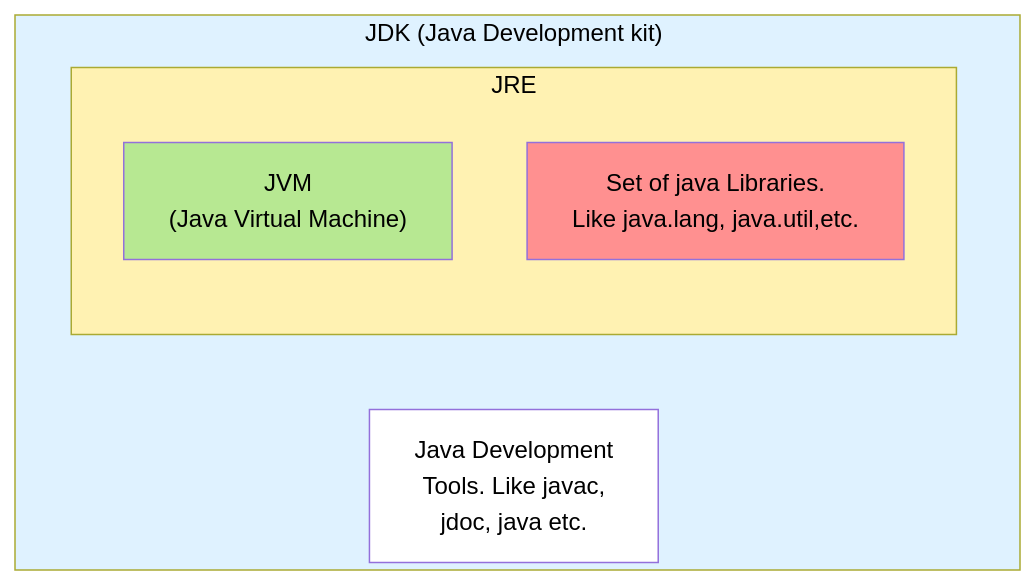
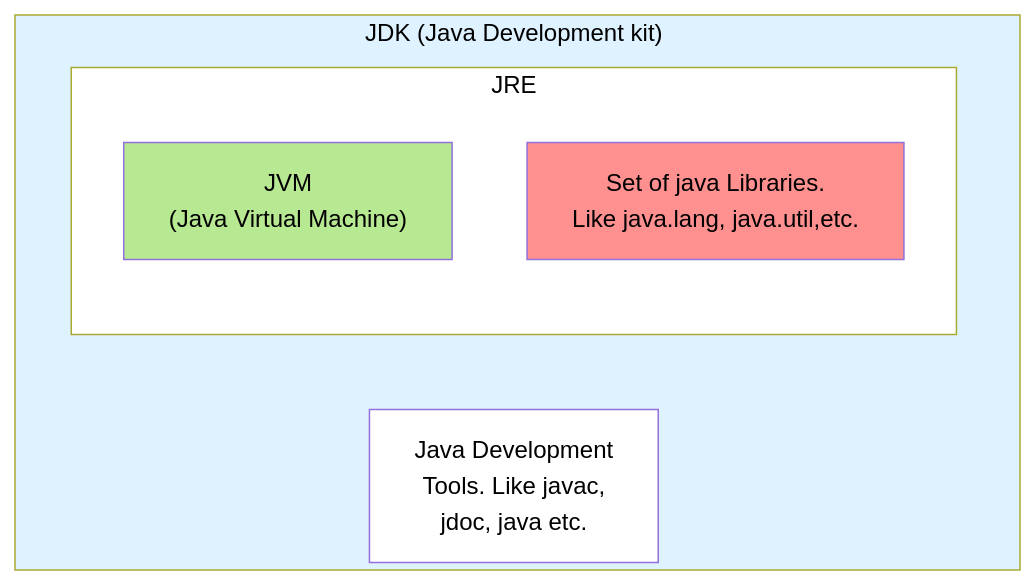
The diagram in Notes/Basics.md (f-ei8ht/java-lang), drawn with Mermaid before and after one commit.

Commit message:
mermaid diagram for jdk

````diff
--- a/Notes/Basics.md
+++ b/Notes/Basics.md
@@ -6,20 +6,20 @@
 ```mermaid
 graph TD
     subgraph JDK["JDK (Java Development kit)"]
         A[Java Development 
         Tools. Like javac, 
         jdoc, java etc.]
         subgraph JRE["JRE"]
             B["JVM
             (Java Virtual Machine)"]
             C[Set of java Libraries. 
             Like java.lang, java.util,etc.]
         
         style A fill:#fff,color:#000
-        style JRE fill:#fff2b2,color:#000
+        style JRE fill:#fff,color:#000
         style B fill:#b7e892,color:#000
         style C fill:#ff9090,color:#000
         end
         style JDK fill:#dff2ff,color:#000,width:670px,height:370px
     end
 ```
````
